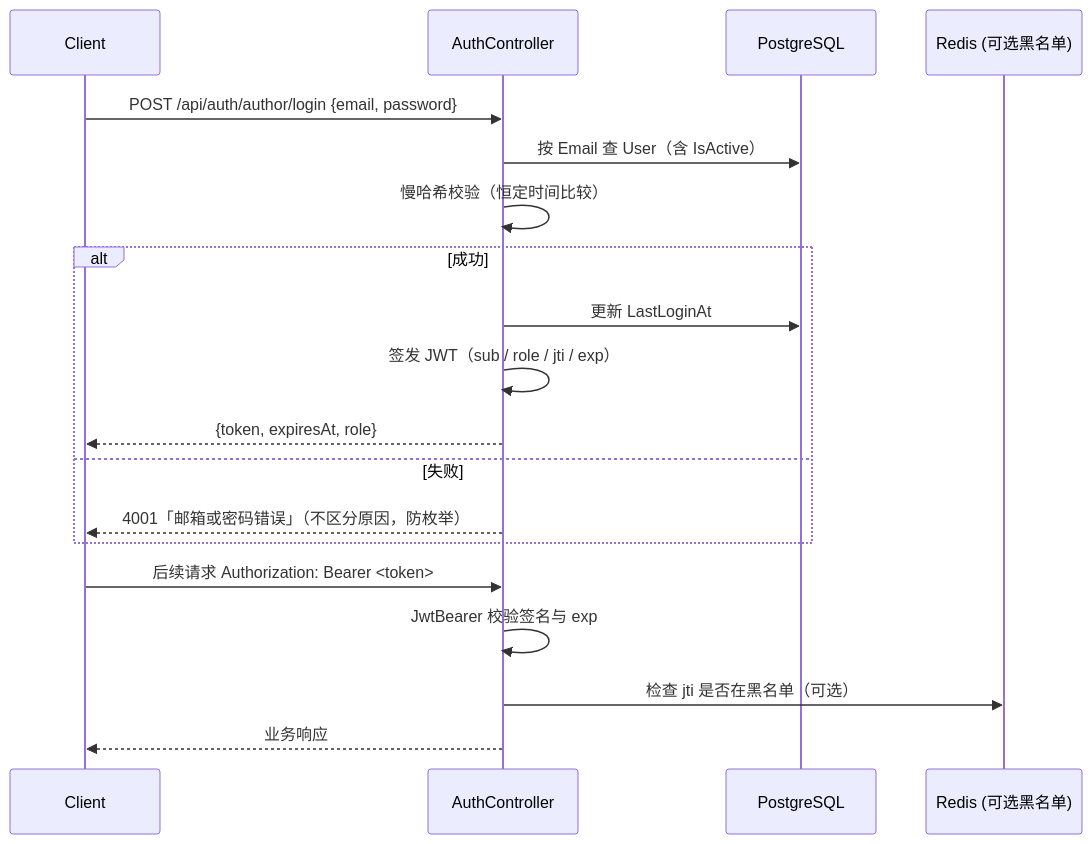
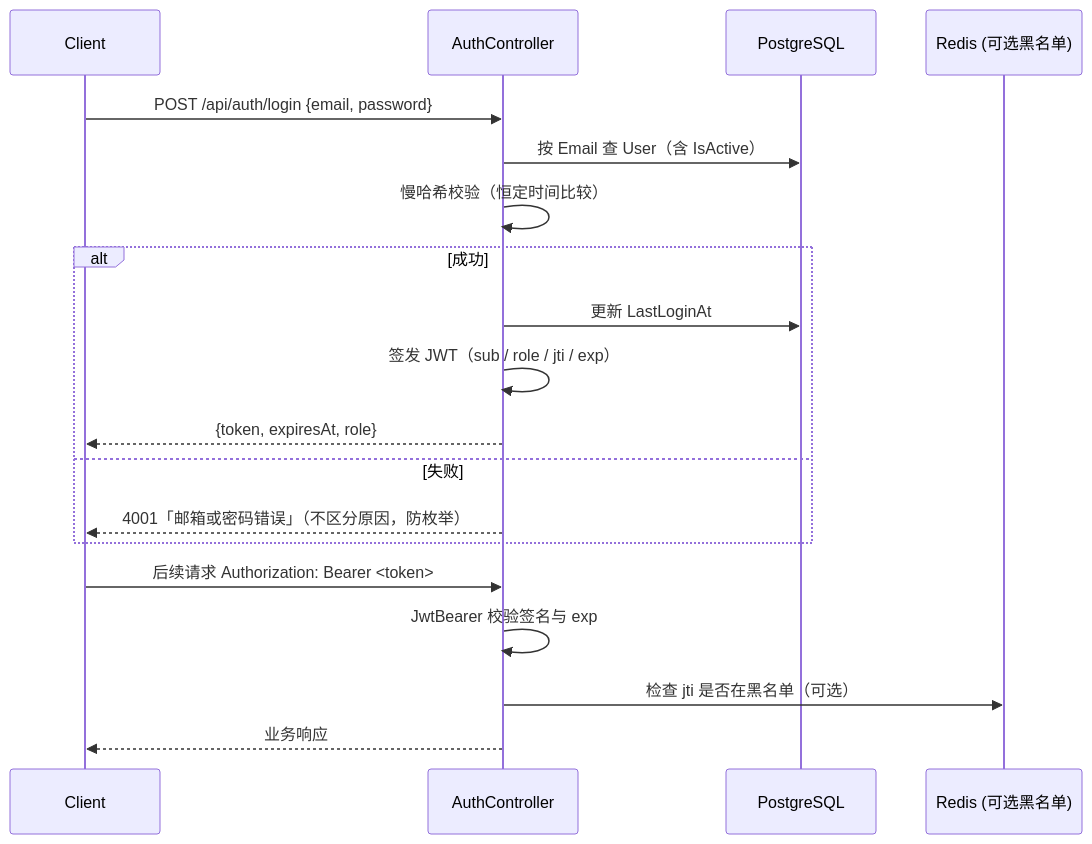
Before and after one commit to whyitsy/blog-CI-CD: the fourth of 5 diagrams in docs/backend.md, drawn with Mermaid. The commit also changed other lines of this file and 4 other files, not shown here.

````diff
--- a/docs/backend.md
+++ b/docs/backend.md
@@ -751,23 +751,23 @@
 ```mermaid
 sequenceDiagram
   participant C as Client
   participant API as AuthController
   participant DB as PostgreSQL
   participant R as Redis (可选黑名单)
 
-  C->>API: POST /api/auth/author/login {email, password}
+  C->>API: POST /api/auth/login {email, password}
   API->>DB: 按 Email 查 User（含 IsActive）
   API->>API: 慢哈希校验（恒定时间比较）
   alt 成功
     API->>DB: 更新 LastLoginAt
     API->>API: 签发 JWT（sub / role / jti / exp）
     API-->>C: {token, expiresAt, role}
   else 失败
     API-->>C: 4001「邮箱或密码错误」（不区分原因，防枚举）
   end
 
   C->>API: 后续请求 Authorization: Bearer <token>
   API->>API: JwtBearer 校验签名与 exp
   API->>R: 检查 jti 是否在黑名单（可选）
   API-->>C: 业务响应
 ```
````
